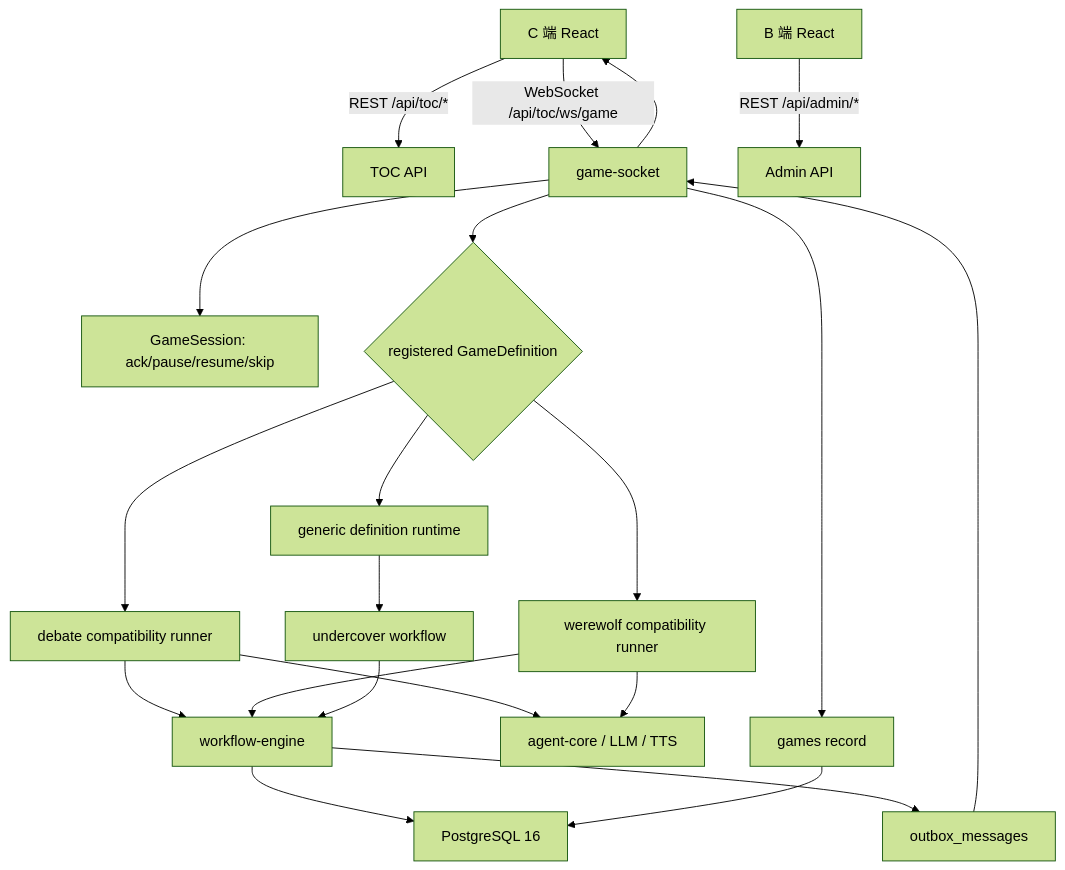
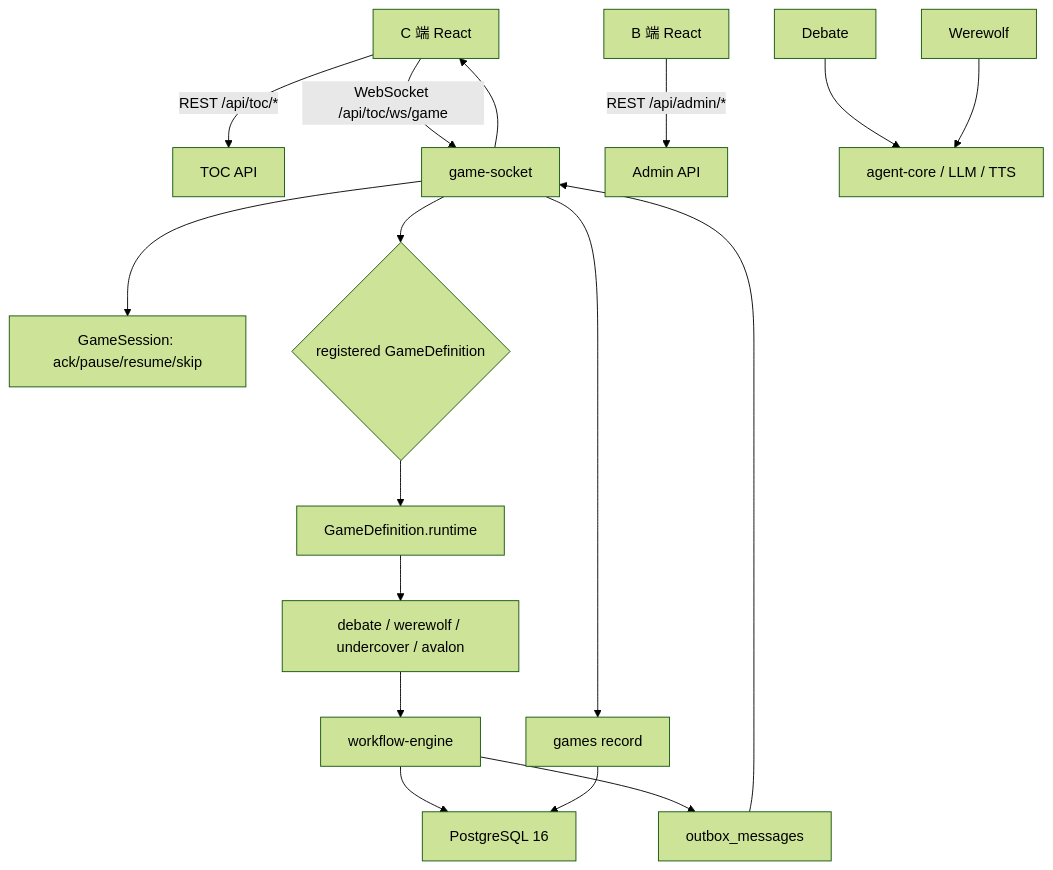
One commit to iifor/ai-board-games changed the diagram in docs/project-summary.md. Above: the diagram before and after it, drawn with Mermaid (forest theme). The commit also changed other lines of this file and 53 other files, not shown here.

Commit message:
feat: add extensible game runtime and Avalon

````diff
--- a/docs/project-summary.md
+++ b/docs/project-summary.md
@@ -85,23 +85,19 @@
 ```mermaid
 flowchart TD
   Client["C 端 React"] -->|REST /api/toc/*| TocApi["TOC API"]
   Client -->|WebSocket /api/toc/ws/game| Socket["game-socket"]
   Admin["B 端 React"] -->|REST /api/admin/*| AdminApi["Admin API"]
   Socket --> Session["GameSession: ack/pause/resume/skip"]
   Socket --> Resolver{"registered GameDefinition"}
-  Resolver --> Debate["debate compatibility runner"]
-  Resolver --> Werewolf["werewolf compatibility runner"]
-  Resolver --> Runtime["generic definition runtime"]
-  Runtime --> Undercover["undercover workflow"]
-  Debate --> Engine["workflow-engine"]
-  Werewolf --> Engine
-  Undercover --> Engine
+  Resolver --> Runtime["GameDefinition.runtime"]
+  Runtime --> Games["debate / werewolf / undercover / avalon"]
+  Games --> Engine["workflow-engine"]
   Engine --> Db["PostgreSQL 16"]
   Engine --> Outbox["outbox_messages"]
   Outbox --> Socket
   Socket --> Client
   Debate --> Agent["agent-core / LLM / TTS"]
   Werewolf --> Agent
-  Socket --> Games["games record"]
-  Games --> Db
+  Socket --> Records["games record"]
+  Records --> Db
 ```
````
